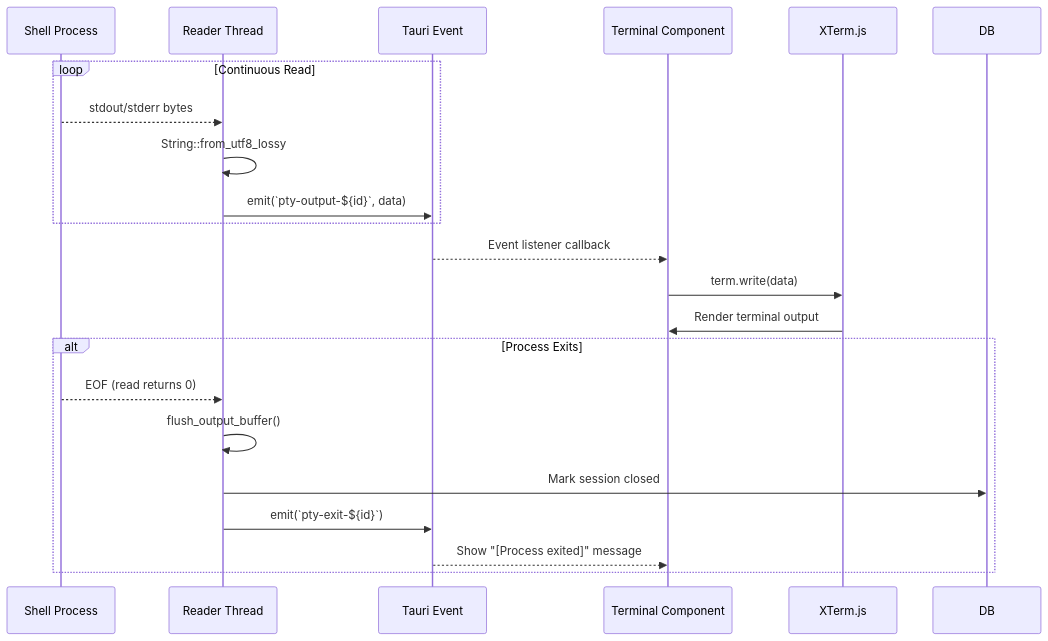
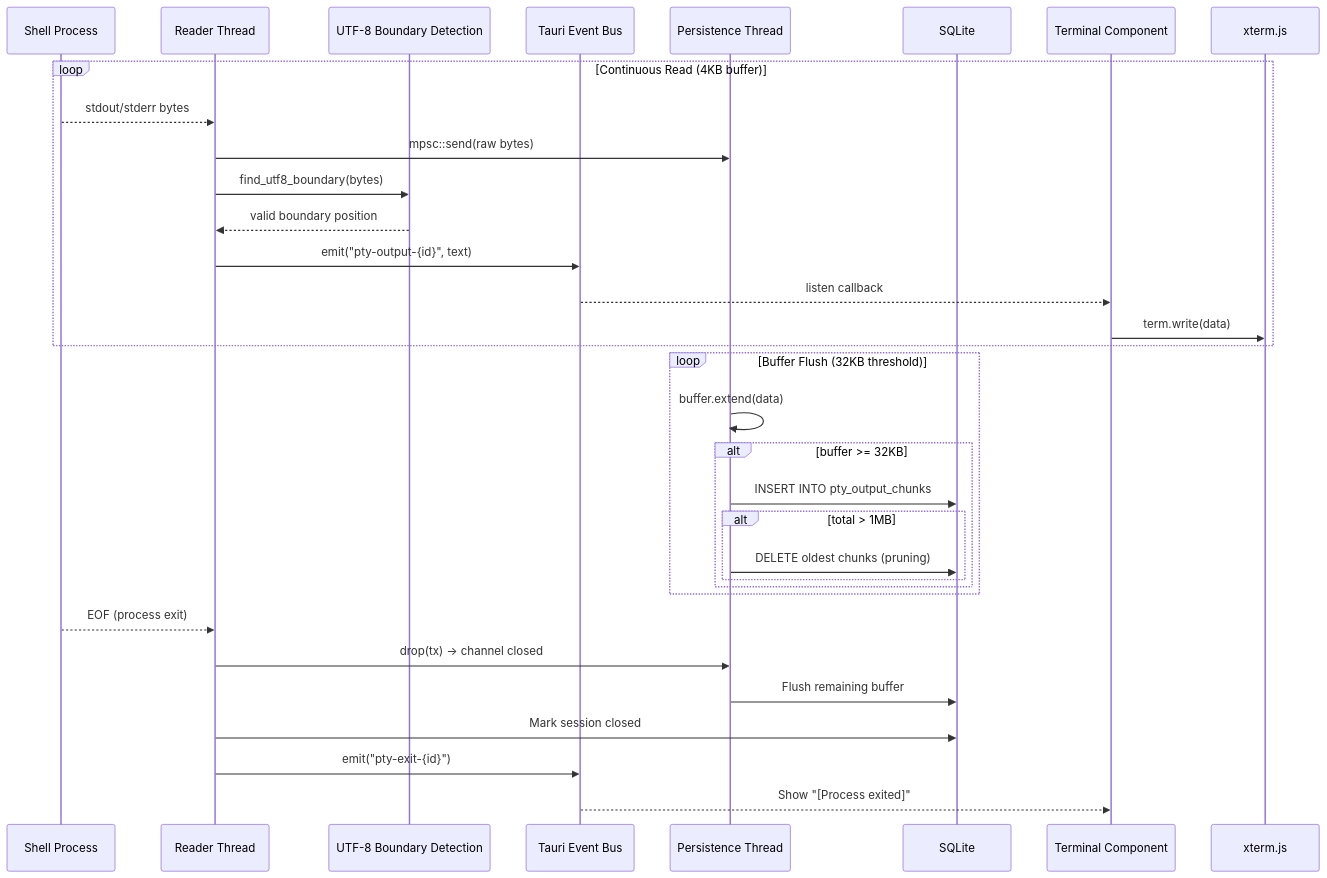
One commit to AkaraChen/2code changed the third of 5 diagrams in docs/data-flow.md. Above: the diagram before and after it, drawn with Mermaid. The commit also changed other lines of this file and 5 other files, not shown here.

First line of the commit message:
docs: update CLAUDE.md and regenerate architecture docs

````diff
--- a/docs/data-flow.md
+++ b/docs/data-flow.md
@@ -78,26 +82,38 @@
 ```mermaid
 sequenceDiagram
-    participant Sys as Shell Process
-    participant Thread as Reader Thread
-    participant Event as Tauri Event
-    participant UI as Terminal Component
-    participant XTerm as XTerm.js
+    participant Shell as Shell Process
+    participant Reader as Reader Thread
+    participant UTF8 as UTF-8 Boundary Detection
+    participant Event as Tauri Event Bus
+    participant Persist as Persistence Thread
+    participant DB as SQLite
+    participant Term as Terminal Component
+    participant XTerm as xterm.js
 
-    loop Continuous Read
-        Sys-->>Thread: stdout/stderr bytes
-        Thread->>Thread: String::from_utf8_lossy
-        Thread->>Event: emit(`pty-output-${id}`, data)
+    loop Continuous Read (4KB buffer)
+        Shell-->>Reader: stdout/stderr bytes
+        Reader->>Persist: mpsc::send(raw bytes)
+        Reader->>UTF8: find_utf8_boundary(bytes)
+        UTF8-->>Reader: valid boundary position
+        Reader->>Event: emit("pty-output-{id}", text)
+        Event-->>Term: listen callback
+        Term->>XTerm: term.write(data)
     end
 
-    Event-->>UI: Event listener callback
-    UI->>XTerm: term.write(data)
-    XTerm->>UI: Render terminal output
+    loop Buffer Flush (32KB threshold)
+        Persist->>Persist: buffer.extend(data)
+        alt buffer >= 32KB
+            Persist->>DB: INSERT INTO pty_output_chunks
+            alt total > 1MB
+                Persist->>DB: DELETE oldest chunks (pruning)
+            end
+        end
+    end
 
-    alt Process Exits
-        Sys-->>Thread: EOF (read returns 0)
-        Thread->>Thread: flush_output_buffer()
-        Thread->>DB: Mark session closed
-        Thread->>Event: emit(`pty-exit-${id}`)
-        Event-->>UI: Show "[Process exited]" message
-    end
+    Shell-->>Reader: EOF (process exit)
+    Reader->>Persist: drop(tx) → channel closed
+    Persist->>DB: Flush remaining buffer
+    Reader->>DB: Mark session closed
+    Reader->>Event: emit("pty-exit-{id}")
+    Event-->>Term: Show "[Process exited]"
 ```
````
